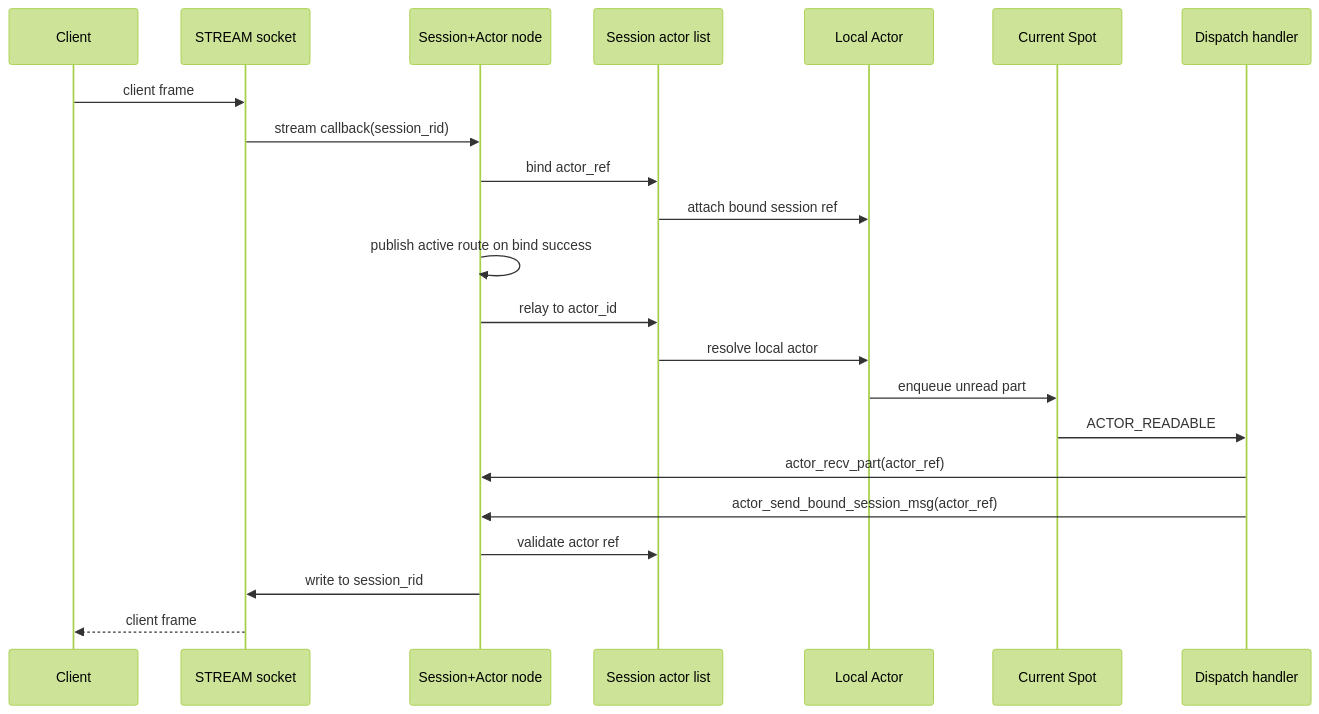
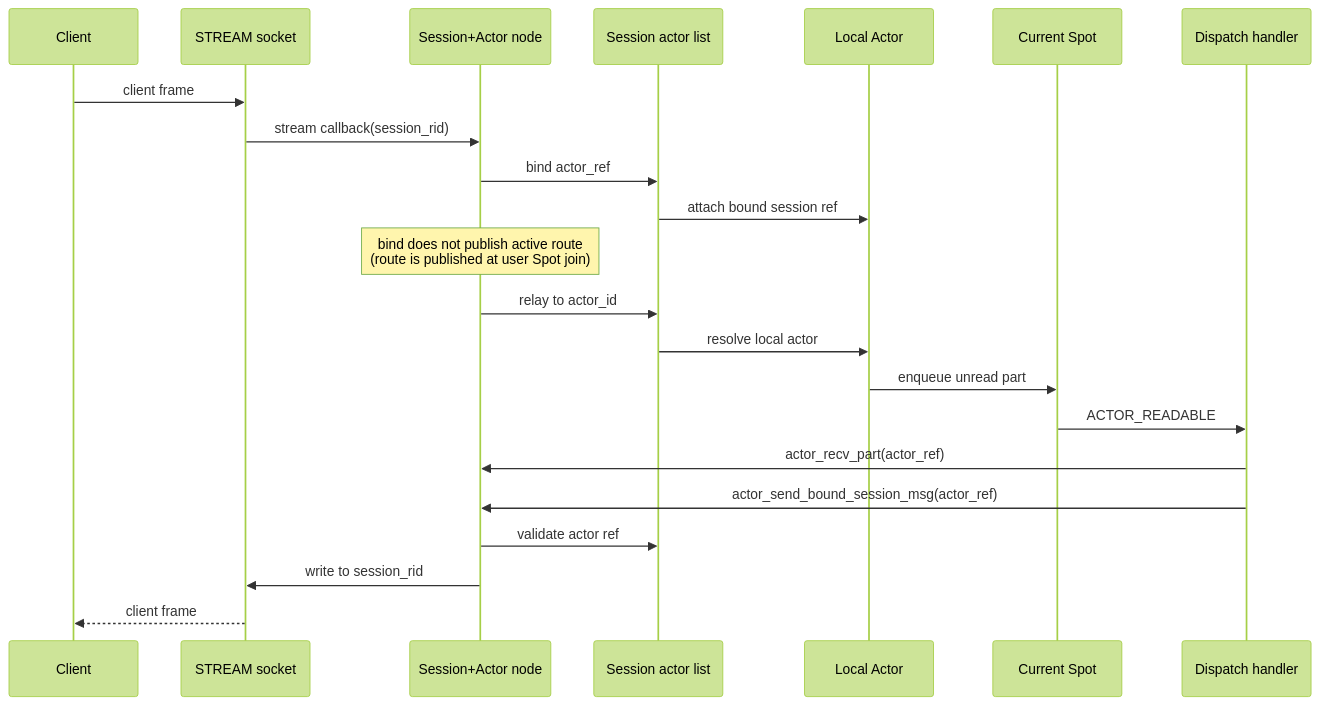
One commit to kairos-code-dev/zlink changed the eighth of 11 diagrams in doc/internals/spot-internals.ko.md. Above: the diagram before and after it, drawn with Mermaid (forest theme). The commit also changed other lines of this file and 18 other files, not shown here.

````diff
--- a/doc/internals/spot-internals.ko.md
+++ b/doc/internals/spot-internals.ko.md
@@ -641,27 +672,27 @@
 ```mermaid
 sequenceDiagram
   participant Client
   participant Stream as STREAM socket
   participant Node as Session+Actor node
   participant List as Session actor list
   participant ActorObj as Local Actor
   participant Spot as Current Spot
   participant Handler as Dispatch handler
 
   Client->>Stream: client frame
   Stream->>Node: stream callback(session_rid)
   Node->>List: bind actor_ref
   List->>ActorObj: attach bound session ref
-  Node->>Node: publish active route on bind success
+  Note over Node: bind does not publish active route<br/>(route is published at user Spot join)
 
   Node->>List: relay to actor_id
   List->>ActorObj: resolve local actor
   ActorObj->>Spot: enqueue unread part
   Spot->>Handler: ACTOR_READABLE
   Handler->>Node: actor_recv_part(actor_ref)
 
   Handler->>Node: actor_send_bound_session_msg(actor_ref)
   Node->>List: validate actor ref
   Node->>Stream: write to session_rid
   Stream-->>Client: client frame
 ```
````
